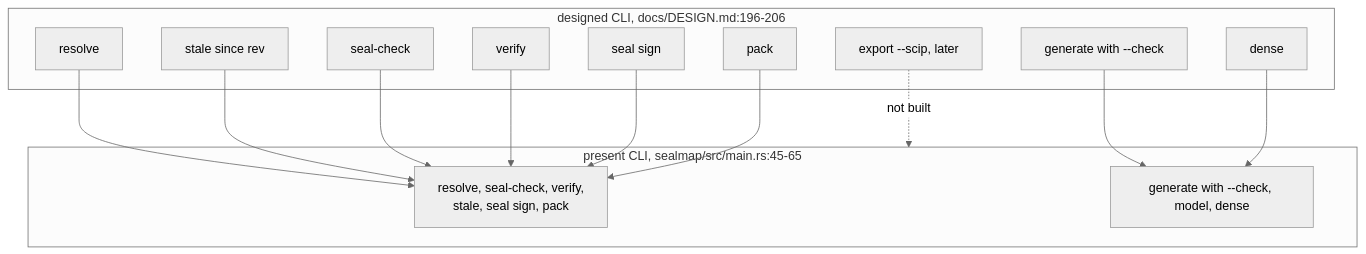
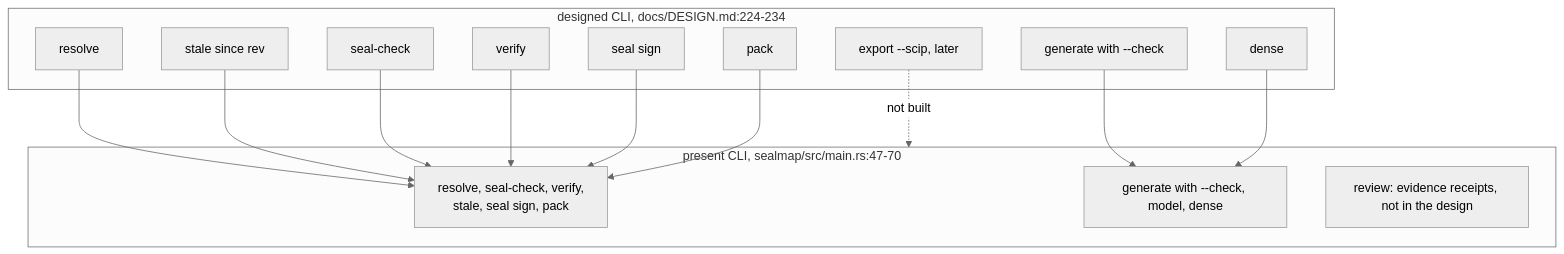
One commit to DreamLab-AI/VisionFlow changed the third of 6 diagrams in docs/diagrams/sealmap/20-design-versus-code.md. Above: the diagram before and after it, drawn with Mermaid (neutral theme). The commit also changed other lines of this file and 59 other files, not shown here.

First line of the commit message:
docs(diagrams): re-derive and re-stamp forum, website, pod, ontomark and sealmap topics

````diff
--- a/docs/diagrams/sealmap/20-design-versus-code.md
+++ b/docs/diagrams/sealmap/20-design-versus-code.md
@@ -139,27 +141,28 @@
 ```mermaid
 flowchart TB
-    subgraph PLAN["designed CLI, docs/DESIGN.md:196-206"]
+    subgraph PLAN["designed CLI, docs/DESIGN.md:224-234"]
         RS["resolve"]
         STL["stale since rev"]
         SC["seal-check"]
         VF["verify"]
         SG["seal sign"]
         GC["generate with --check"]
         DN["dense"]
         PK["pack"]
         EX["export --scip, later"]
     end
-    subgraph NOW["present CLI, sealmap/src/main.rs:45-65"]
+    subgraph NOW["present CLI, sealmap/src/main.rs:47-70"]
         C1["resolve, seal-check, verify,<br/>stale, seal sign, pack"]
         C2["generate with --check, model, dense"]
+        C3["review: evidence receipts, not in the design"]
     end
     RS --> C1
     STL --> C1
     SC --> C1
     VF --> C1
     SG --> C1
     PK --> C1
     GC --> C2
     DN --> C2
     EX -.->|not built| NOW
 ```
````
